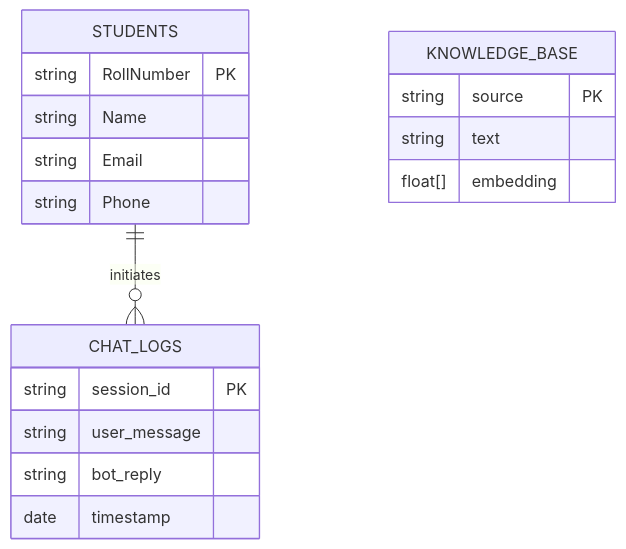
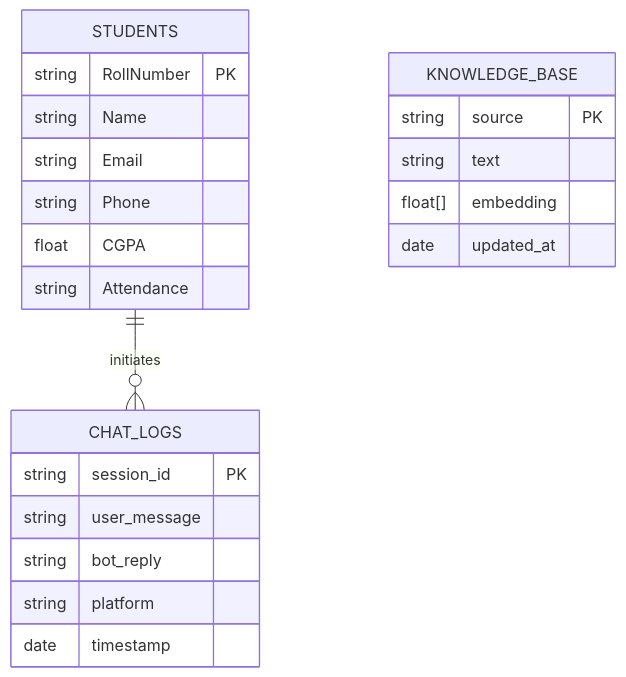
The third of 4 diagrams in README.md (sandeep-kumar-270904/ANITS-Campus-AI-Assistant), drawn with Mermaid before and after one commit. The commit also changed other lines of this file, not shown here.

````diff
--- a/README.md
+++ b/README.md
@@ -126,21 +127,25 @@
 ```mermaid
 erDiagram
     STUDENTS ||--o{ CHAT_LOGS : initiates
     STUDENTS {
         string RollNumber PK
         string Name
         string Email
         string Phone
+        float CGPA
+        string Attendance
     }
     CHAT_LOGS {
         string session_id PK
         string user_message
         string bot_reply
+        string platform
         date timestamp
     }
     KNOWLEDGE_BASE {
         string source PK
         string text
         float[] embedding
+        date updated_at
     }
 ```
````
